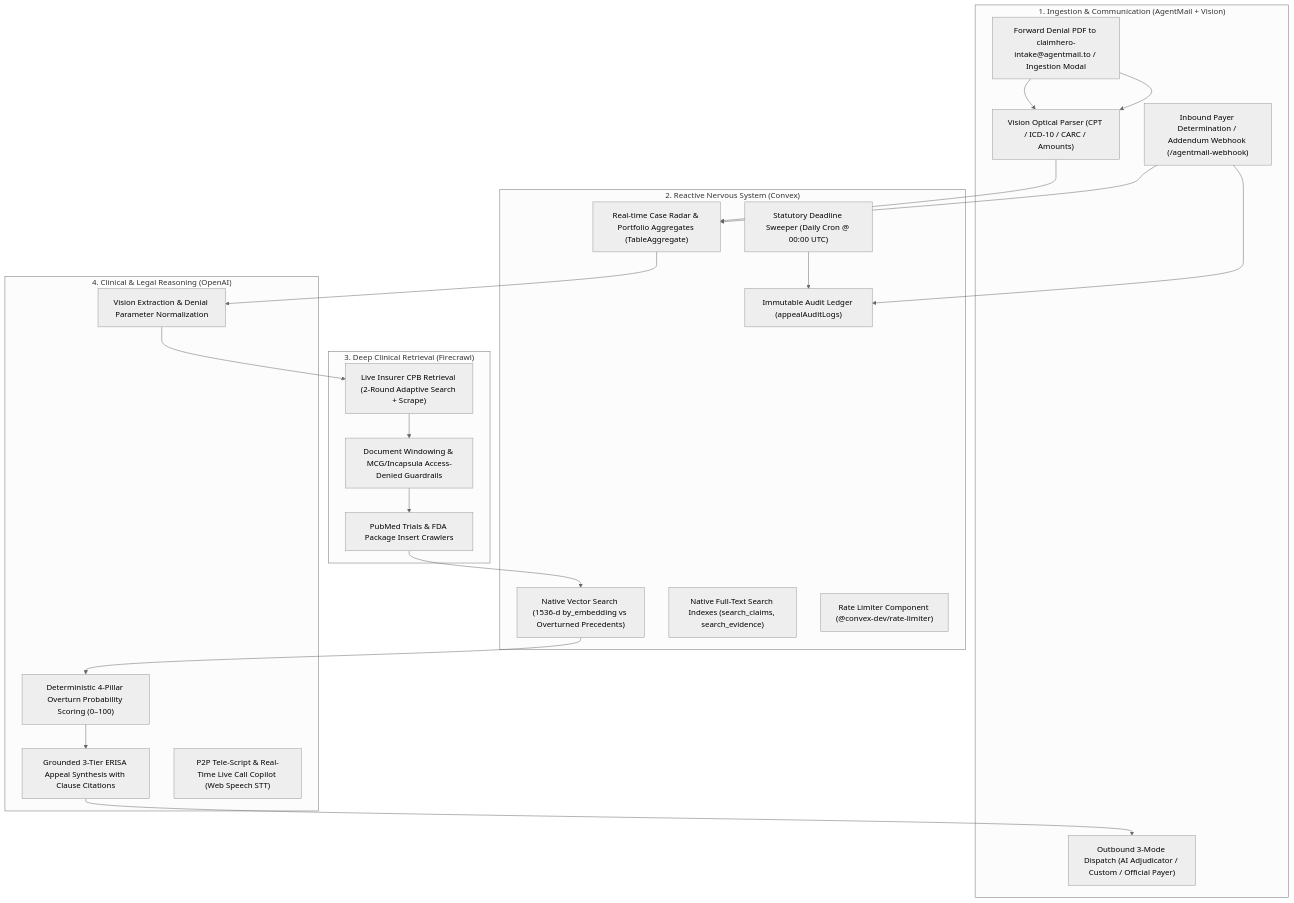
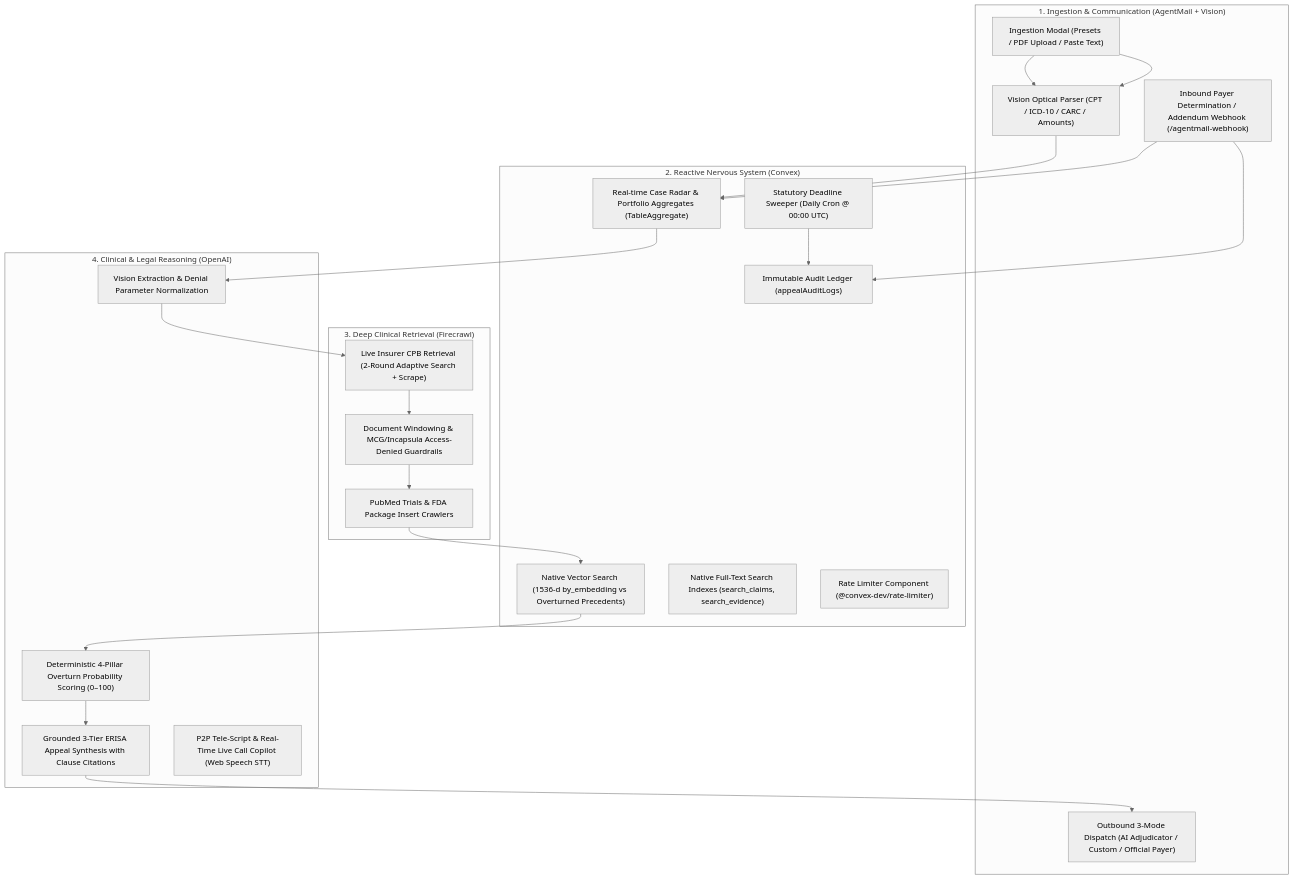
Before and after one commit to zaikaman/ClaimHero: the diagram in IDEA.md, drawn with Mermaid (neutral theme). The commit also changed other lines of this file and 23 other files, not shown here.

````diff
--- a/IDEA.md
+++ b/IDEA.md
@@ -23,44 +23,44 @@
 ```mermaid
 flowchart TD
     subgraph Intake ["1. Ingestion & Communication (AgentMail + Vision)"]
-        A1["Forward Denial PDF to claimhero-intake@agentmail.to / Ingestion Modal"] --> A2["Vision Optical Parser (CPT / ICD-10 / CARC / Amounts)"]
+        A1["Ingestion Modal (Presets / PDF Upload / Paste Text)"] --> A2["Vision Optical Parser (CPT / ICD-10 / CARC / Amounts)"]
         A3["Outbound 3-Mode Dispatch (AI Adjudicator / Custom / Official Payer)"]
         A4["Inbound Payer Determination / Addendum Webhook (/agentmail-webhook)"]
     end
 
     subgraph Brain ["2. Reactive Nervous System (Convex)"]
         C1["Real-time Case Radar & Portfolio Aggregates (TableAggregate)"]
         C2["Native Vector Search (1536-d by_embedding vs Overturned Precedents)"]
         C3["Native Full-Text Search Indexes (search_claims, search_evidence)"]
         C4["Statutory Deadline Sweeper (Daily Cron @ 00:00 UTC)"]
         C5["Rate Limiter Component (@convex-dev/rate-limiter)"]
         C6["Immutable Audit Ledger (appealAuditLogs)"]
     end
 
     subgraph Senses ["3. Deep Clinical Retrieval (Firecrawl)"]
         F1["Live Insurer CPB Retrieval (2-Round Adaptive Search + Scrape)"]
         F2["Document Windowing & MCG/Incapsula Access-Denied Guardrails"]
         F3["PubMed Trials & FDA Package Insert Crawlers"]
     end
 
     subgraph Intelligence ["4. Clinical & Legal Reasoning (OpenAI)"]
         O1["Vision Extraction & Denial Parameter Normalization"]
         O2["Deterministic 4-Pillar Overturn Probability Scoring (0–100)"]
         O3["Grounded 3-Tier ERISA Appeal Synthesis with Clause Citations"]
         O4["P2P Tele-Script & Real-Time Live Call Copilot (Web Speech STT)"]
     end
 
     A1 --> A2
     A2 --> C1
     C1 --> O1
     O1 --> F1
     F1 --> F2
     F2 --> F3
     F3 --> C2
     C2 --> O2
     O2 --> O3
     O3 --> A3
     C4 --> C6
     A4 --> C1
     A4 --> C6
 ```
````
